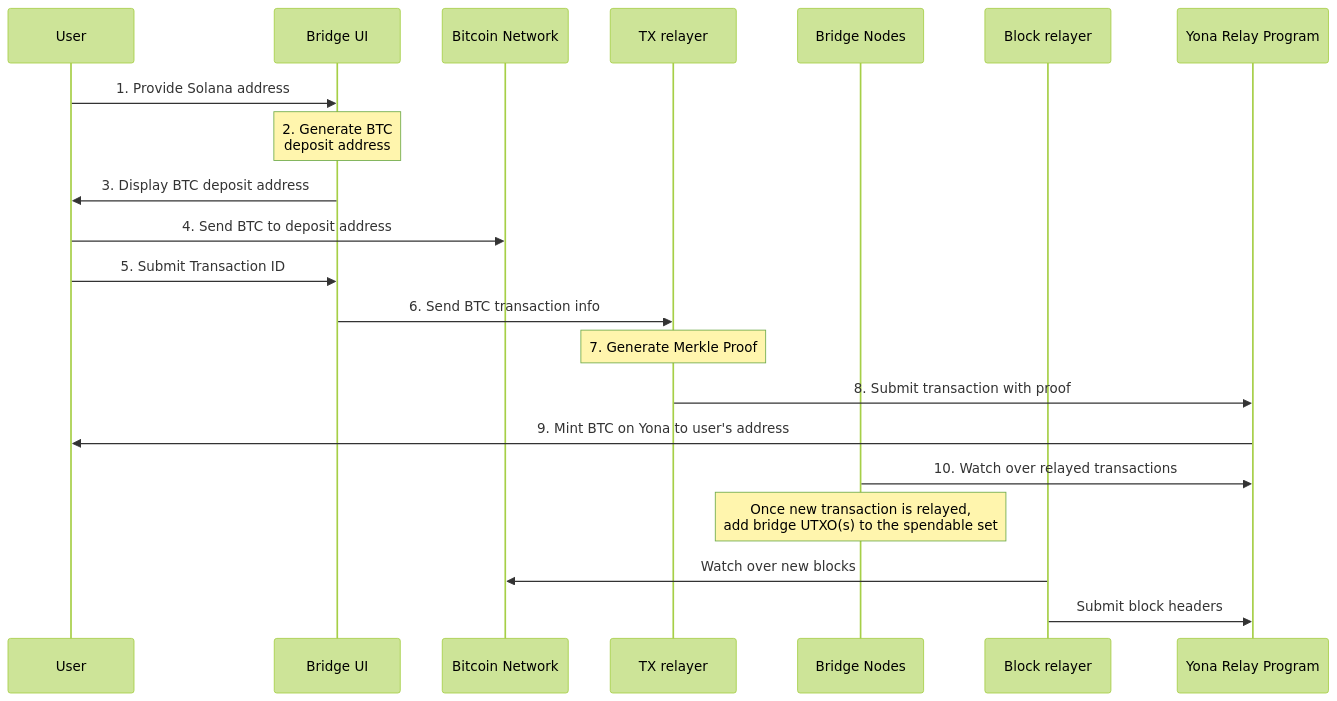
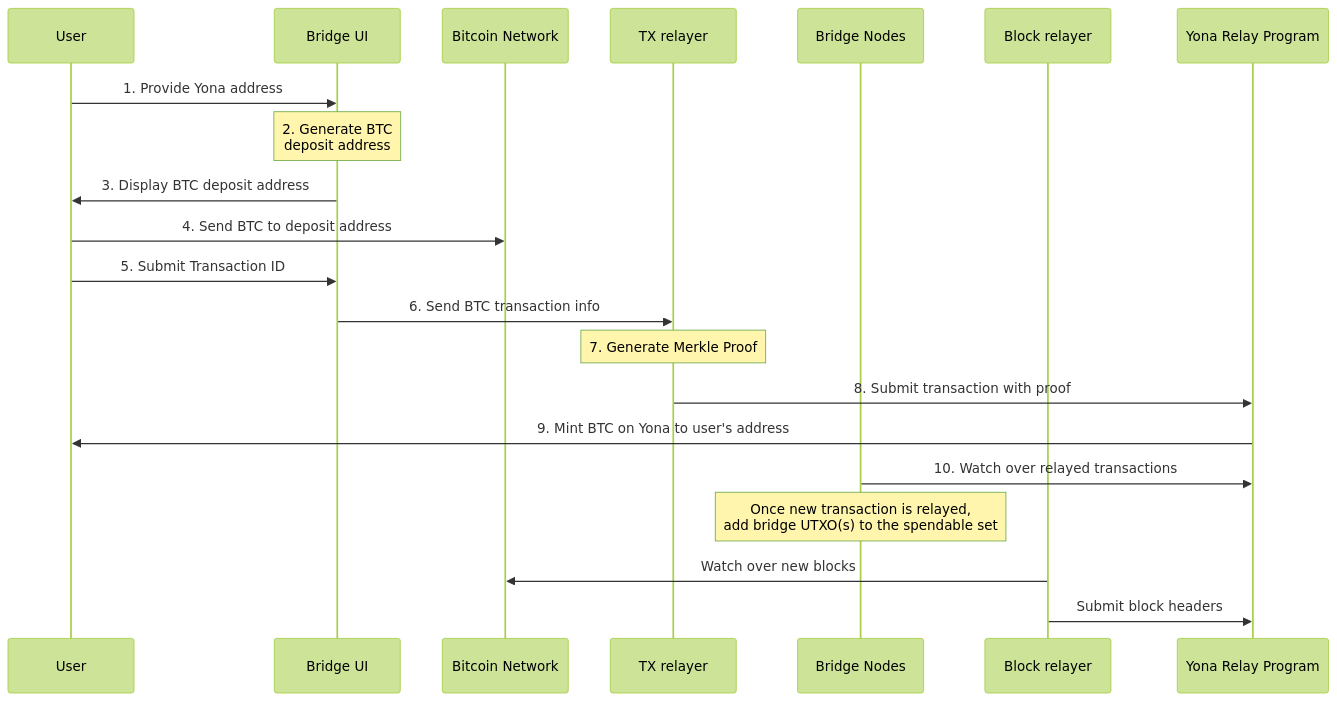
Before and after one commit to Yona-Labs/bitcoin-svm-bridge: the diagram in docs/diagrams/bridge_deposit.md, drawn with Mermaid (forest theme). The commit also changed other lines of this file, not shown here.

Commit message:
Add description of bridge deposit process.

````diff
--- a/docs/diagrams/bridge_deposit.md
+++ b/docs/diagrams/bridge_deposit.md
@@ -1,23 +1,23 @@
 ```mermaid
 sequenceDiagram
     participant User
     participant Bridge UI
     participant Bitcoin Network
     participant TX relayer
     participant Bridge Nodes
     participant Block relayer
     participant Yona Relay Program
-    User ->> Bridge UI: 1. Provide Solana address
+    User ->> Bridge UI: 1. Provide Yona address
     Note over Bridge UI: 2. Generate BTC<br/>deposit address
     Bridge UI ->> User: 3. Display BTC deposit address
     User ->> Bitcoin Network: 4. Send BTC to deposit address
     User ->> Bridge UI: 5. Submit Transaction ID
     Bridge UI ->> TX relayer: 6. Send BTC transaction info
     Note over TX relayer: 7. Generate Merkle Proof
     TX relayer ->> Yona Relay Program: 8. Submit transaction with proof
     Yona Relay Program ->> User: 9. Mint BTC on Yona to user's address
     Bridge Nodes ->> Yona Relay Program: 10. Watch over relayed transactions
     Note over Bridge Nodes: Once new transaction is relayed,<br> add bridge UTXO(s) to the spendable set
     Block relayer ->> Bitcoin Network: Watch over new blocks
     Block relayer ->> Yona Relay Program: Submit block headers
 ```
````
